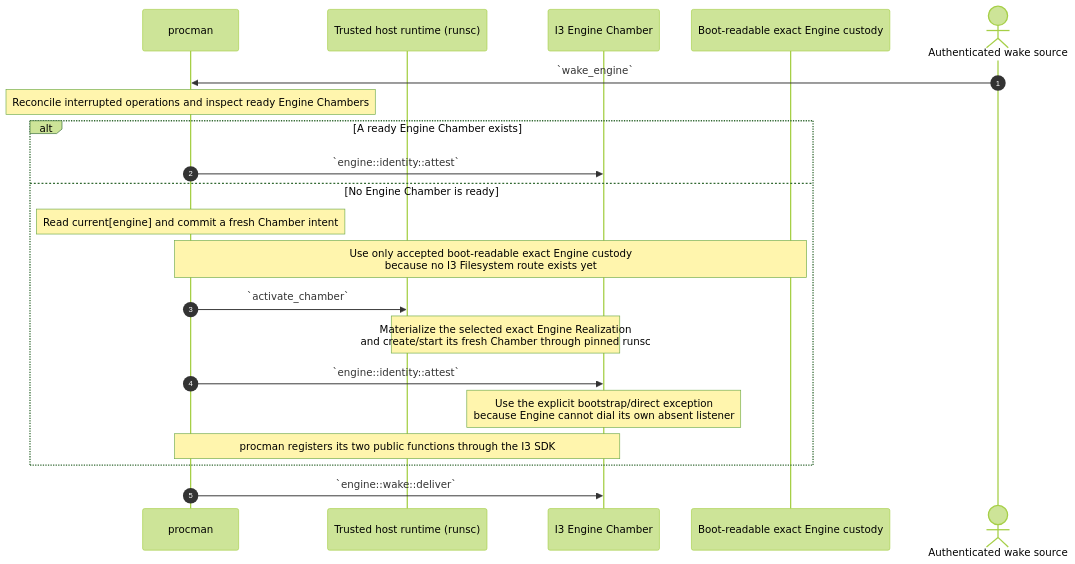
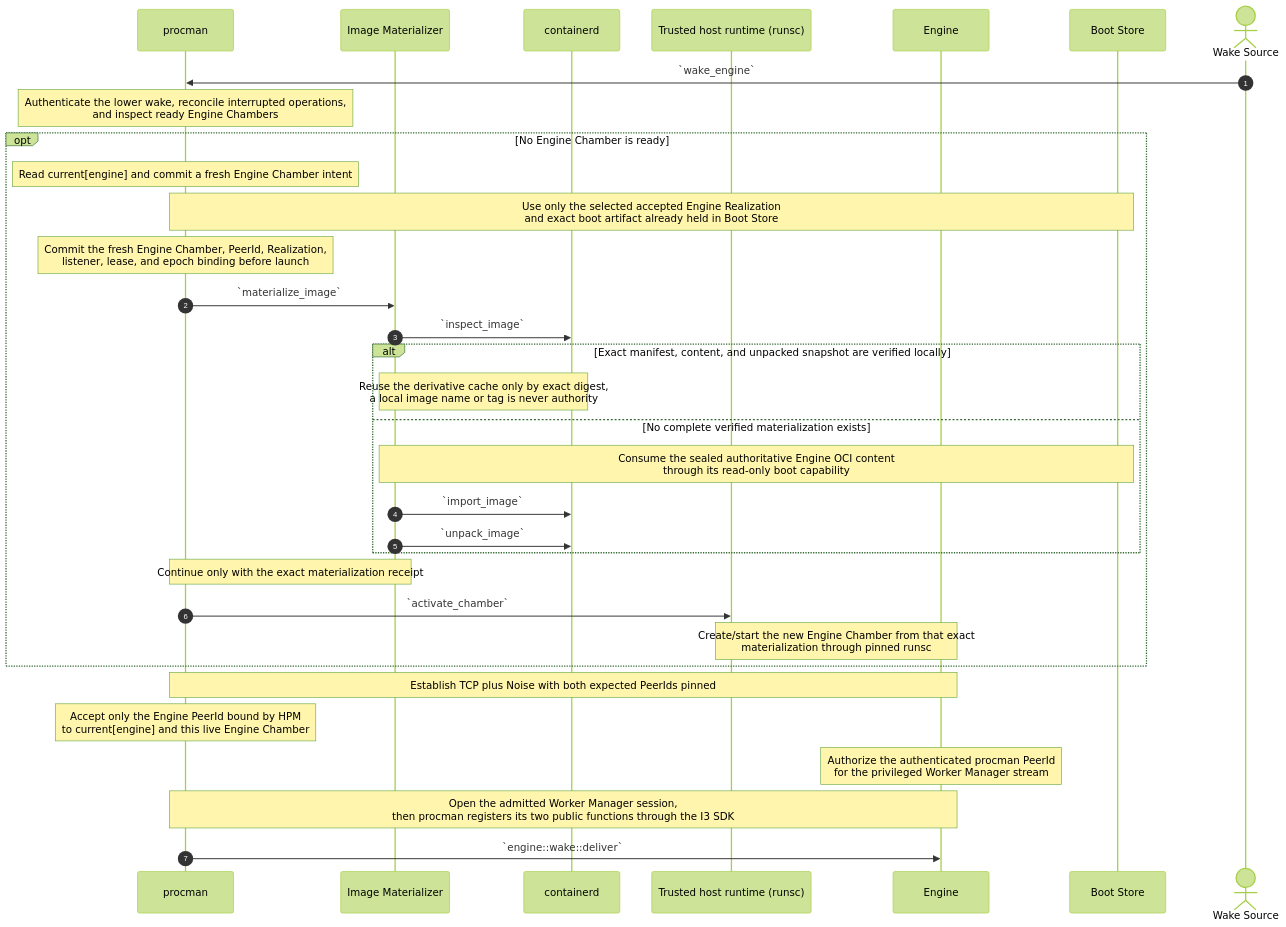
The fourth of 12 diagrams in source/chambers-lifecycle-sequences.md (dreamcatcher-tech/chambers-lifecycle-explorer), drawn with Mermaid (forest theme) before and after one commit. The commit also changed other lines of this file and 7 other files, not shown here.

Commit message:
docs: clarify Chambers bootstrap and Noise

````diff
--- a/source/chambers-lifecycle-sequences.md
+++ b/source/chambers-lifecycle-sequences.md
@@ -557,26 +609,38 @@
 ```mermaid
 sequenceDiagram
     autonumber
     participant procman
+    participant Materializer as Image Materializer
+    participant containerd
     participant Runtime as Trusted host runtime (runsc)
-    participant Engine as I3 Engine Chamber
-    participant Custody as Boot-readable exact Engine custody
-    actor Wake as Authenticated wake source
+    participant Engine
+    participant Boot as Boot Store
+    actor Wake as Wake Source
 
     Wake->>procman: `wake_engine`
-    Note over procman: Reconcile interrupted operations and inspect ready Engine Chambers
+    Note over procman: Authenticate the lower wake, reconcile interrupted operations,<br/>and inspect ready Engine Chambers
 
-    alt A ready Engine Chamber exists
-        procman->>Engine: `engine::identity::attest`
-    else No Engine Chamber is ready
-        Note over procman: Read current[engine] and commit a fresh Chamber intent
-        Note over procman,Custody: Use only accepted boot-readable exact Engine custody<br/>because no I3 Filesystem route exists yet
+    opt No Engine Chamber is ready
+        Note over procman: Read current[engine] and commit a fresh Engine Chamber intent
+        Note over procman,Boot: Use only the selected accepted Engine Realization<br/>and exact boot artifact already held in Boot Store
+        Note over procman: Commit the fresh Engine Chamber, PeerId, Realization,<br/>listener, lease, and epoch binding before launch
+        procman->>Materializer: `materialize_image`
+        Materializer->>containerd: `inspect_image`
+        alt Exact manifest, content, and unpacked snapshot are verified locally
+            Note over Materializer,containerd: Reuse the derivative cache only by exact digest,<br/>a local image name or tag is never authority
+        else No complete verified materialization exists
+            Note over Materializer,Boot: Consume the sealed authoritative Engine OCI content<br/>through its read-only boot capability
+            Materializer->>containerd: `import_image`
+            Materializer->>containerd: `unpack_image`
+        end
+        Note over procman,Materializer: Continue only with the exact materialization receipt
         procman->>Runtime: `activate_chamber`
-        Note over Runtime,Engine: Materialize the selected exact Engine Realization<br/>and create/start its fresh Chamber through pinned runsc
-        procman->>Engine: `engine::identity::attest`
-        Note over Engine: Use the explicit bootstrap/direct exception<br/>because Engine cannot dial its own absent listener
-        Note over procman,Engine: procman registers its two public functions through the I3 SDK
+        Note over Runtime,Engine: Create/start the new Engine Chamber from that exact<br/>materialization through pinned runsc
     end
 
+    Note over procman,Engine: Establish TCP plus Noise with both expected PeerIds pinned
+    Note over procman: Accept only the Engine PeerId bound by HPM<br/>to current[engine] and this live Engine Chamber
+    Note over Engine: Authorize the authenticated procman PeerId<br/>for the privileged Worker Manager stream
+    Note over procman,Engine: Open the admitted Worker Manager session,<br/>then procman registers its two public functions through the I3 SDK
     procman->>Engine: `engine::wake::deliver`
 ```
````
